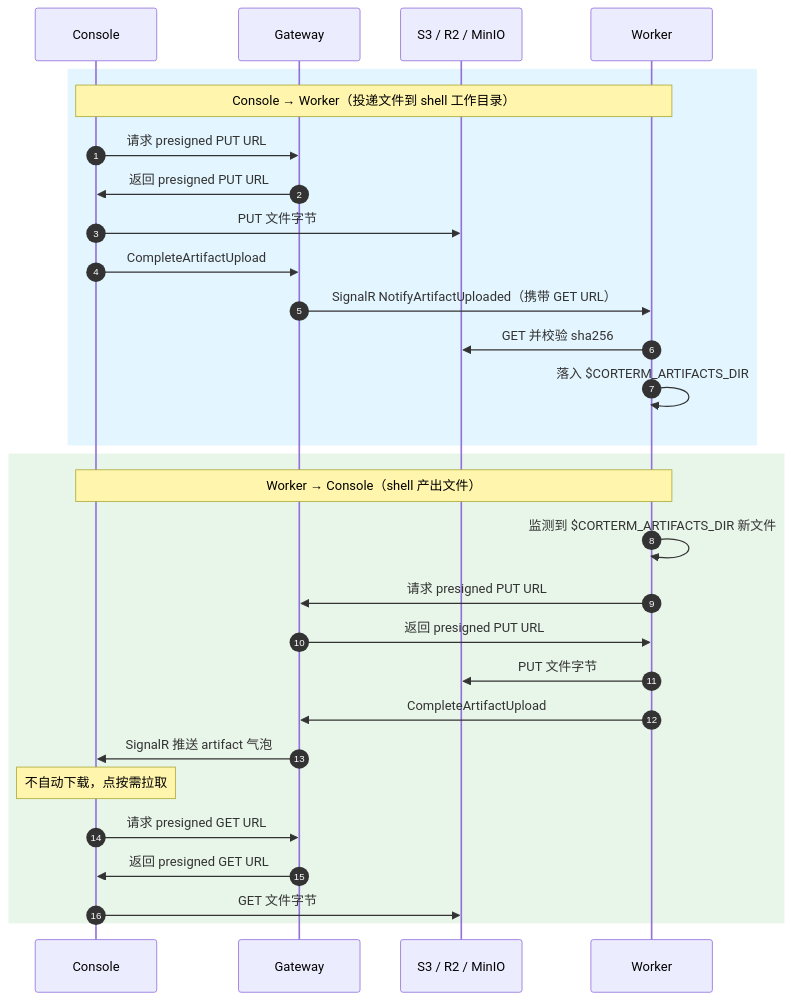
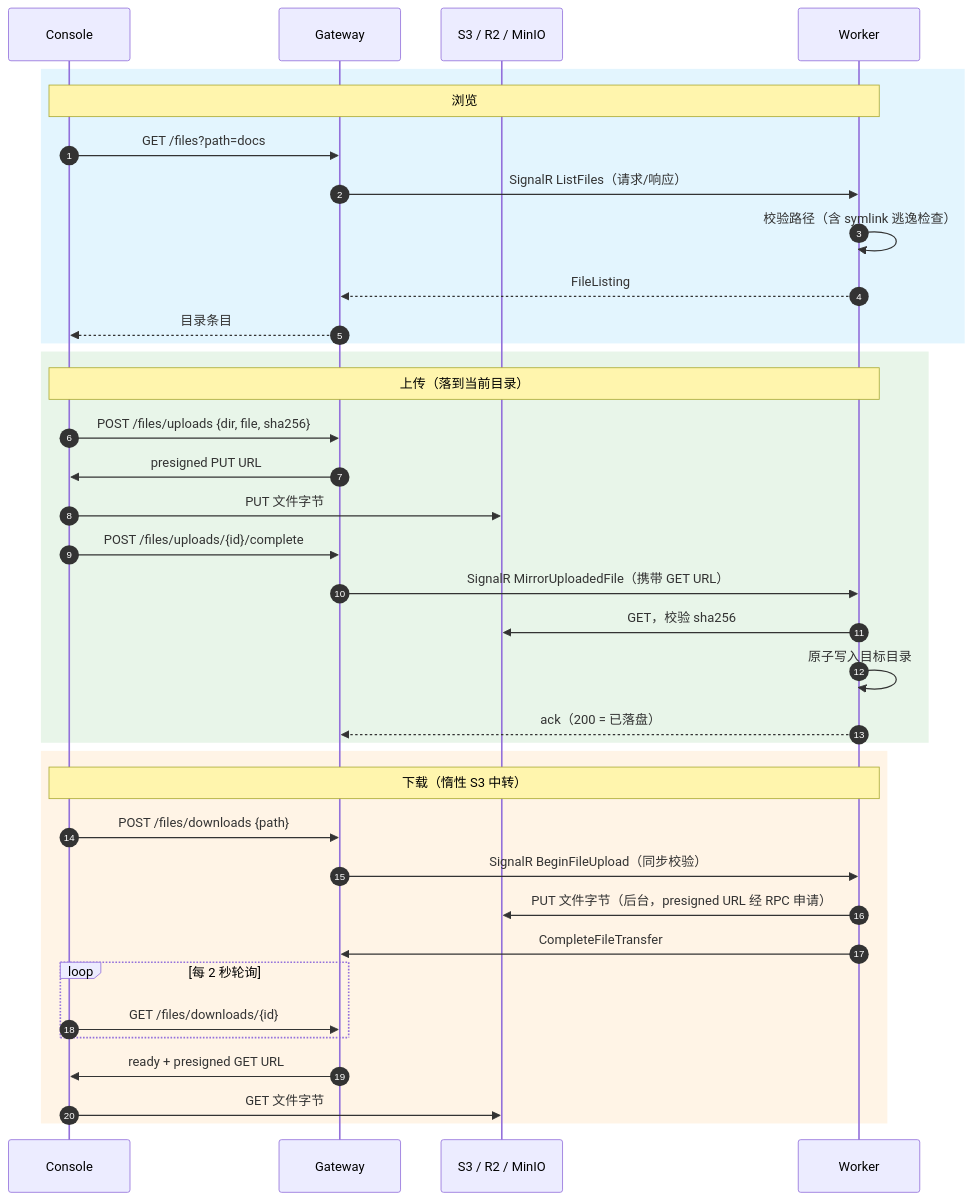
The second of 2 diagrams in README.zh-CN.md (monster-echo/CortexTerminal2), drawn with Mermaid before and after one commit. The commit also changed other lines of this file and 12 other files, not shown here.

````diff
--- a/README.zh-CN.md
+++ b/README.zh-CN.md
@@ -215,33 +218,42 @@
 ```mermaid
 sequenceDiagram
     autonumber
     participant C as Console
     participant G as Gateway
     participant S3 as S3 / R2 / MinIO
     participant W as Worker
 
     rect rgb(227, 245, 254)
-    note over C,W: Console → Worker（投递文件到 shell 工作目录）
-    C->>G: 请求 presigned PUT URL
-    G->>C: 返回 presigned PUT URL
-    C->>S3: PUT 文件字节
-    C->>G: CompleteArtifactUpload
-    G->>W: SignalR NotifyArtifactUploaded（携带 GET URL）
-    W->>S3: GET 并校验 sha256
-    W->>W: 落入 $CORTERM_ARTIFACTS_DIR
+    note over C,W: 浏览
+    C->>G: GET /files?path=docs
+    G->>W: SignalR ListFiles（请求/响应）
+    W->>W: 校验路径（含 symlink 逃逸检查）
+    W-->>G: FileListing
+    G-->>C: 目录条目
     end
 
     rect rgb(232, 245, 233)
-    note over C,W: Worker → Console（shell 产出文件）
-    W->>W: 监测到 $CORTERM_ARTIFACTS_DIR 新文件
-    W->>G: 请求 presigned PUT URL
-    G->>W: 返回 presigned PUT URL
-    W->>S3: PUT 文件字节
-    W->>G: CompleteArtifactUpload
-    G->>C: SignalR 推送 artifact 气泡
-    Note over C: 不自动下载，点按需拉取
-    C->>G: 请求 presigned GET URL
-    G->>C: 返回 presigned GET URL
+    note over C,W: 上传（落到当前目录）
+    C->>G: POST /files/uploads {dir, file, sha256}
+    G->>C: presigned PUT URL
+    C->>S3: PUT 文件字节
+    C->>G: POST /files/uploads/{id}/complete
+    G->>W: SignalR MirrorUploadedFile（携带 GET URL）
+    W->>S3: GET，校验 sha256
+    W->>W: 原子写入目标目录
+    W-->>G: ack（200 = 已落盘）
+    end
+
+    rect rgb(255, 244, 230)
+    note over C,W: 下载（惰性 S3 中转）
+    C->>G: POST /files/downloads {path}
+    G->>W: SignalR BeginFileUpload（同步校验）
+    W->>S3: PUT 文件字节（后台，presigned URL 经 RPC 申请）
+    W->>G: CompleteFileTransfer
+    loop 每 2 秒轮询
+        C->>G: GET /files/downloads/{id}
+    end
+    G->>C: ready + presigned GET URL
     C->>S3: GET 文件字节
     end
 ```
````
